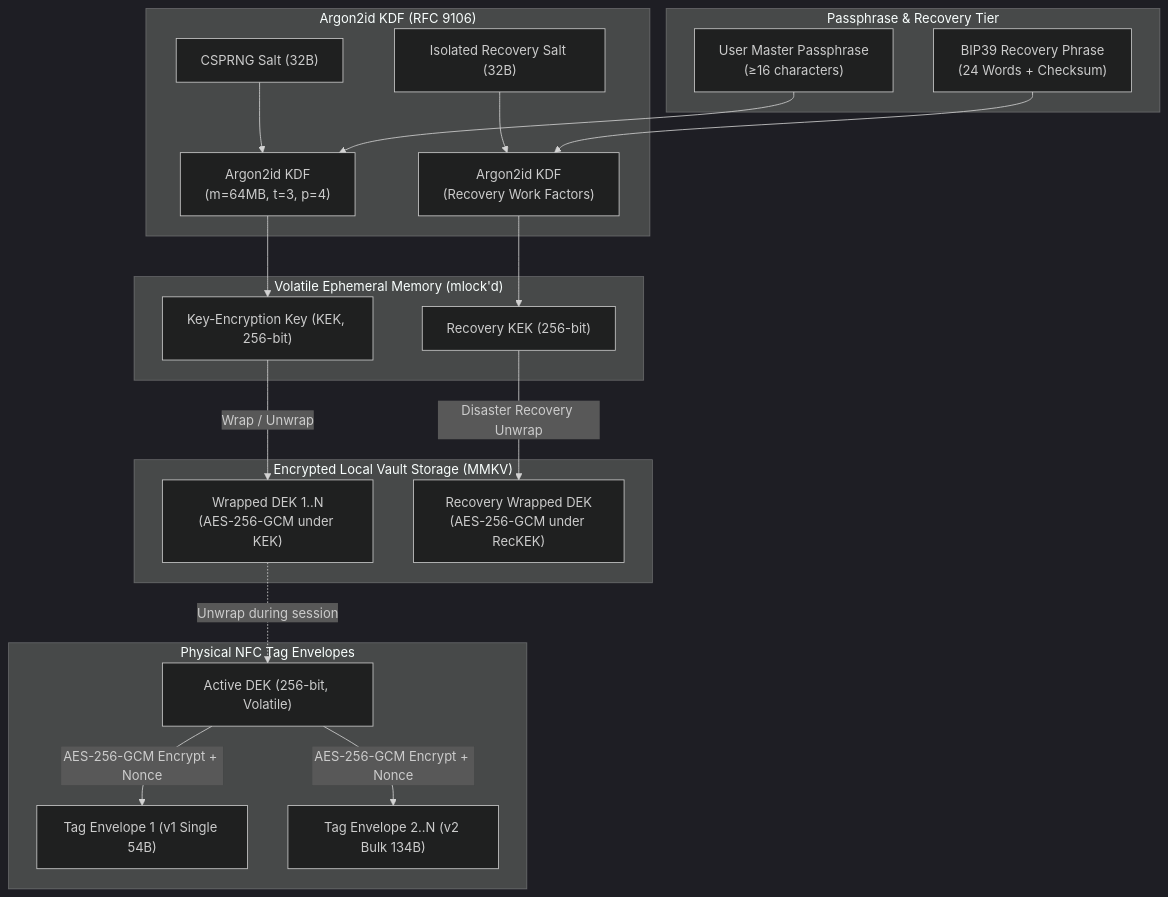
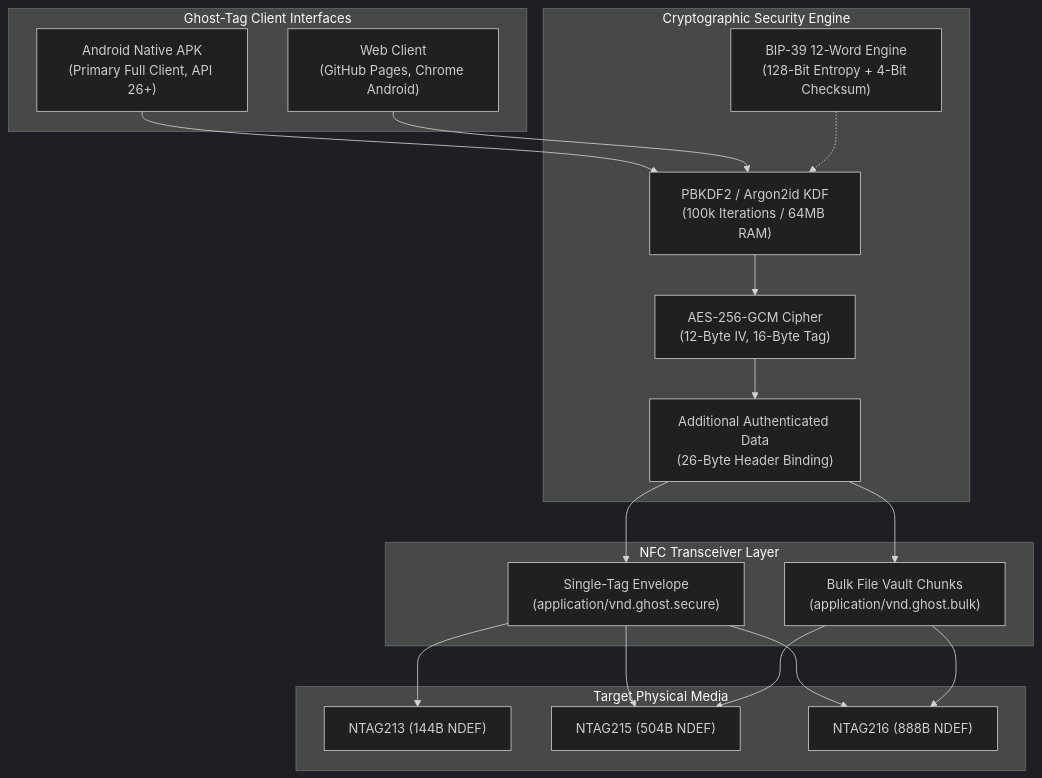
The first of 6 diagrams in README.md (FROSTY-MUG/Ghost-Tag), drawn with Mermaid (dark theme) before and after one commit. The commit also changed other lines of this file and 20 other files, not shown here.

Commit message:
feat(web): finalize v2.0.5 web client with stop-pause controls, ambient visuals, and complete documentation suite

````diff
--- a/README.md
+++ b/README.md
@@ -57,37 +58,38 @@
 ```mermaid
 flowchart TD
-    subgraph PassphraseTier["Passphrase & Recovery Tier"]
-        Passphrase["User Master Passphrase<br/>(≥16 characters)"]
-        BIP39["BIP39 Recovery Phrase<br/>(24 Words + Checksum)"]
+    subgraph Clients["Ghost-Tag Client Interfaces"]
+        AndroidApp["Android Native APK<br/>(Primary Full Client, API 26+)"]
+        WebApp["Web Client<br/>(GitHub Pages, Chrome Android)"]
     end
 
-    subgraph KDFTier["Argon2id KDF (RFC 9106)"]
-        Salt1["CSPRNG Salt (32B)"] --> KDF1["Argon2id KDF<br/>(m=64MB, t=3, p=4)"]
-        Passphrase --> KDF1
-        Salt2["Isolated Recovery Salt (32B)"] --> KDF2["Argon2id KDF<br/>(Recovery Work Factors)"]
-        BIP39 --> KDF2
+    subgraph SecurityCore["Cryptographic Security Engine"]
+        KDF["PBKDF2 / Argon2id KDF<br/>(100k Iterations / 64MB RAM)"]
+        AES["AES-256-GCM Cipher<br/>(12-Byte IV, 16-Byte Tag)"]
+        AAD["Additional Authenticated Data<br/>(26-Byte Header Binding)"]
+        BIP39Engine["BIP-39 12-Word Engine<br/>(128-Bit Entropy + 4-Bit Checksum)"]
     end
 
-    subgraph VolatileTier["Volatile Ephemeral Memory (mlock'd)"]
-        KEK["Key-Encryption Key (KEK, 256-bit)"]
-        RecKEK["Recovery KEK (256-bit)"]
+    subgraph HardwareTransceiver["NFC Transceiver Layer"]
+        SingleTag["Single-Tag Envelope<br/>(application/vnd.ghost.secure)"]
+        BulkTag["Bulk File Vault Chunks<br/>(application/vnd.ghost.bulk)"]
     end
 
-    KDF1 --> KEK
-    KDF2 --> RecKEK
-
-    subgraph StorageTier["Encrypted Local Vault Storage (MMKV)"]
-        WrappedDEK["Wrapped DEK 1..N<br/>(AES-256-GCM under KEK)"]
-        RecWrappedDEK["Recovery Wrapped DEK<br/>(AES-256-GCM under RecKEK)"]
+    subgraph PhysicalChips["Target Physical Media"]
+        NTAG213["NTAG213 (144B NDEF)"]
+        NTAG215["NTAG215 (504B NDEF)"]
+        NTAG216["NTAG216 (888B NDEF)"]
     end
 
-    KEK -->|Wrap / Unwrap| WrappedDEK
-    RecKEK -->|Disaster Recovery Unwrap| RecWrappedDEK
-
-    subgraph NFCTier["Physical NFC Tag Envelopes"]
-        ActiveDEK["Active DEK (256-bit, Volatile)"]
-        WrappedDEK -.->|Unwrap during session| ActiveDEK
-        ActiveDEK -->|AES-256-GCM Encrypt + Nonce| Envelope1["Tag Envelope 1 (v1 Single 54B)"]
-        ActiveDEK -->|AES-256-GCM Encrypt + Nonce| Envelope2["Tag Envelope 2..N (v2 Bulk 134B)"]
-    end
+    AndroidApp --> KDF
+    WebApp --> KDF
+    KDF --> AES
+    AES --> AAD
+    BIP39Engine -.-> KDF
+    AAD --> SingleTag
+    AAD --> BulkTag
+    SingleTag --> NTAG213
+    SingleTag --> NTAG215
+    SingleTag --> NTAG216
+    BulkTag --> NTAG215
+    BulkTag --> NTAG216
 ```
````
